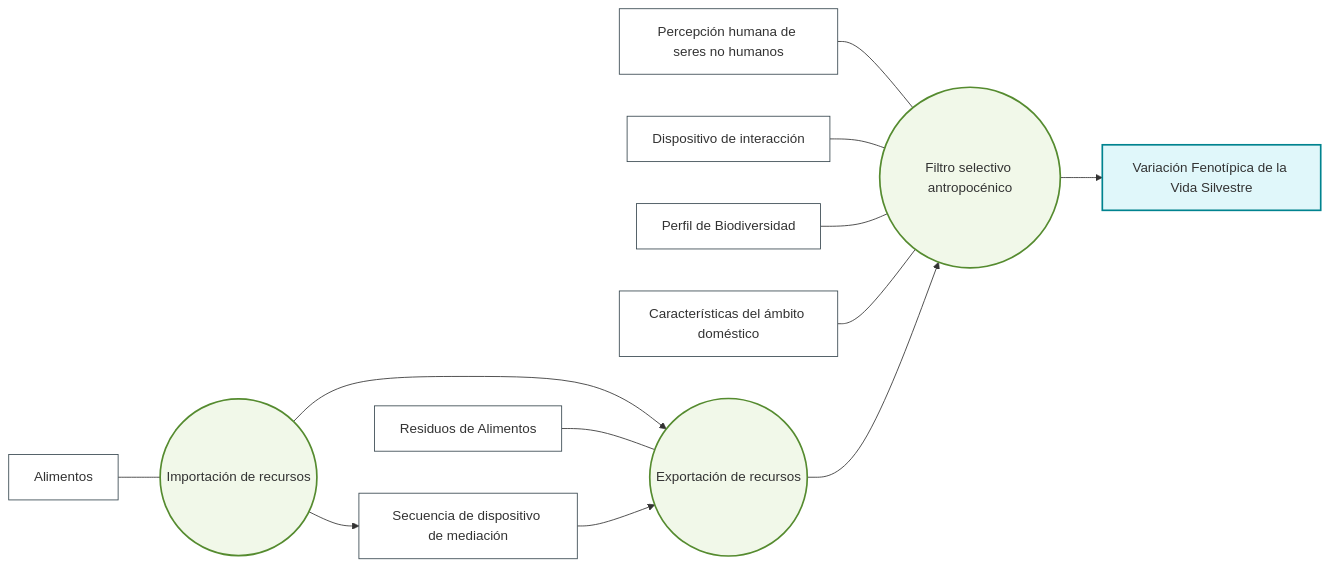
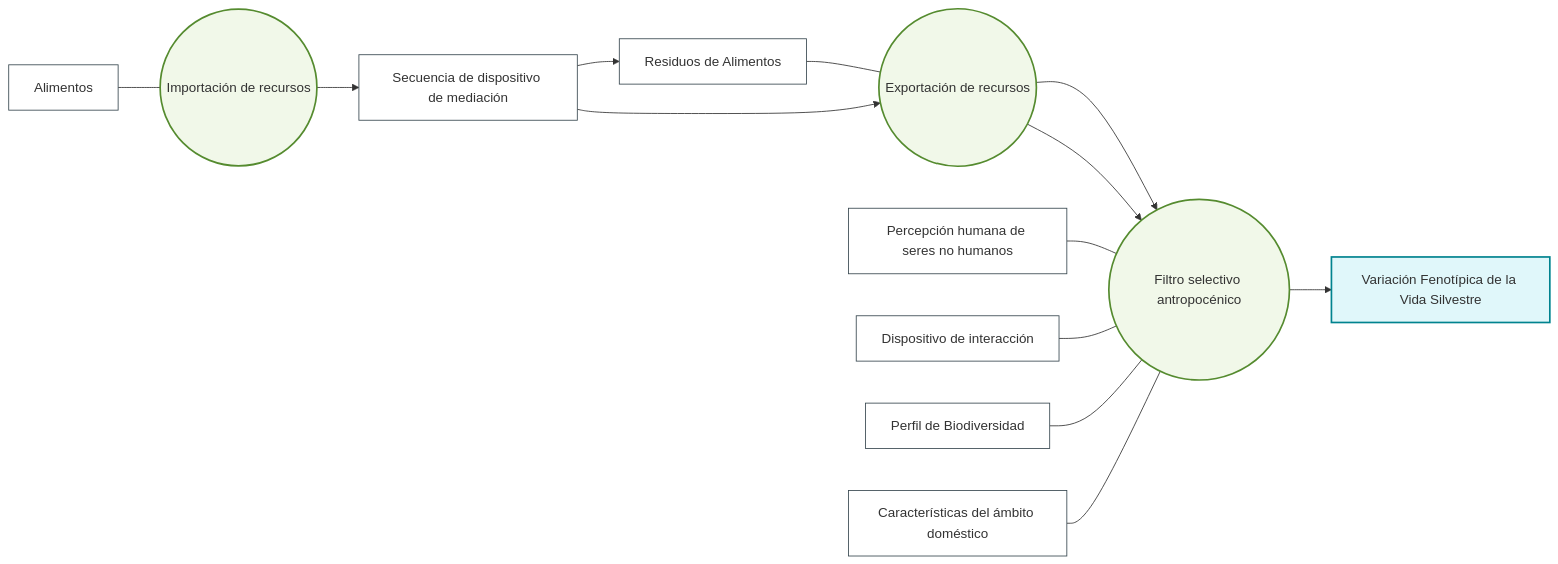
Before and after one commit to maordano/maordano.github.io: the diagram in posts/2026-06-11-elementos/index.qmd, drawn with Mermaid. The commit also changed other lines of this file and 3 other files, not shown here.

Commit message:
1.4 release candidate mermaid5

````diff
--- a/posts/2026-06-11-elementos/index.qmd
+++ b/posts/2026-06-11-elementos/index.qmd
@@ -31,41 +33,41 @@
 ```{mermaid}
 graph LR
     %% Estilos formales para distinguir constructos de indicadores
     classDef latente fill:#f1f8e9,stroke:#558b2f,stroke-width:2px;
     classDef observado fill:#ffffff,stroke:#37474f,stroke-width:1px;
     classDef resultado fill:#e0f7fa,stroke:#00838f,stroke-width:2px;
 
     %% 1. CONSTRUCTOS LATENTES (Ecosistema de Creación)
     IMP((Importación de recursos))
     EXP((Exportación de recursos))
     SEL((Filtro selectivo antropocénico))
     %% Correlación / Covarianza entre constructos del ecosistema
-    IMP --> EXP
+    EXP --> SEL
 
     %% 2. INDICADORES OBSERVADOS (Variables medibles que definen el constructo)
     R1[Alimentos] --- IMP
     R2[Residuos de Alimentos] --- EXP
     
     S1[Percepción humana de seres no humanos] --- SEL
     S2[Dispositivo de interacción] --- SEL
     
     B1[Perfil de Biodiversidad ] --- SEL
     D1[Características del ámbito doméstico] --- SEL
   
     %% 3. VARIABLES DE PROCESO Y RESULTADO (Impacto del Ecosistema)
     
     DEM[Secuencia de dispositivo de mediación]    
     PHE[Variación Fenotípica de la Vida Silvestre]
 
     %% 4. RELACIONES ESTRUCTURALES (Hipótesis de causalidad)
     IMP --> DEM
-    DEM --> EXP
+    DEM --> R2 & EXP
     EXP --> SEL
     SEL --> PHE
     
 
     %% Aplicación de clases visuales
     class SEL,IMP,EXP latente;
     class DEM,R1,R2,S1,S2,B1,D1 observado;
     class PHE resultado;
 ```
````
